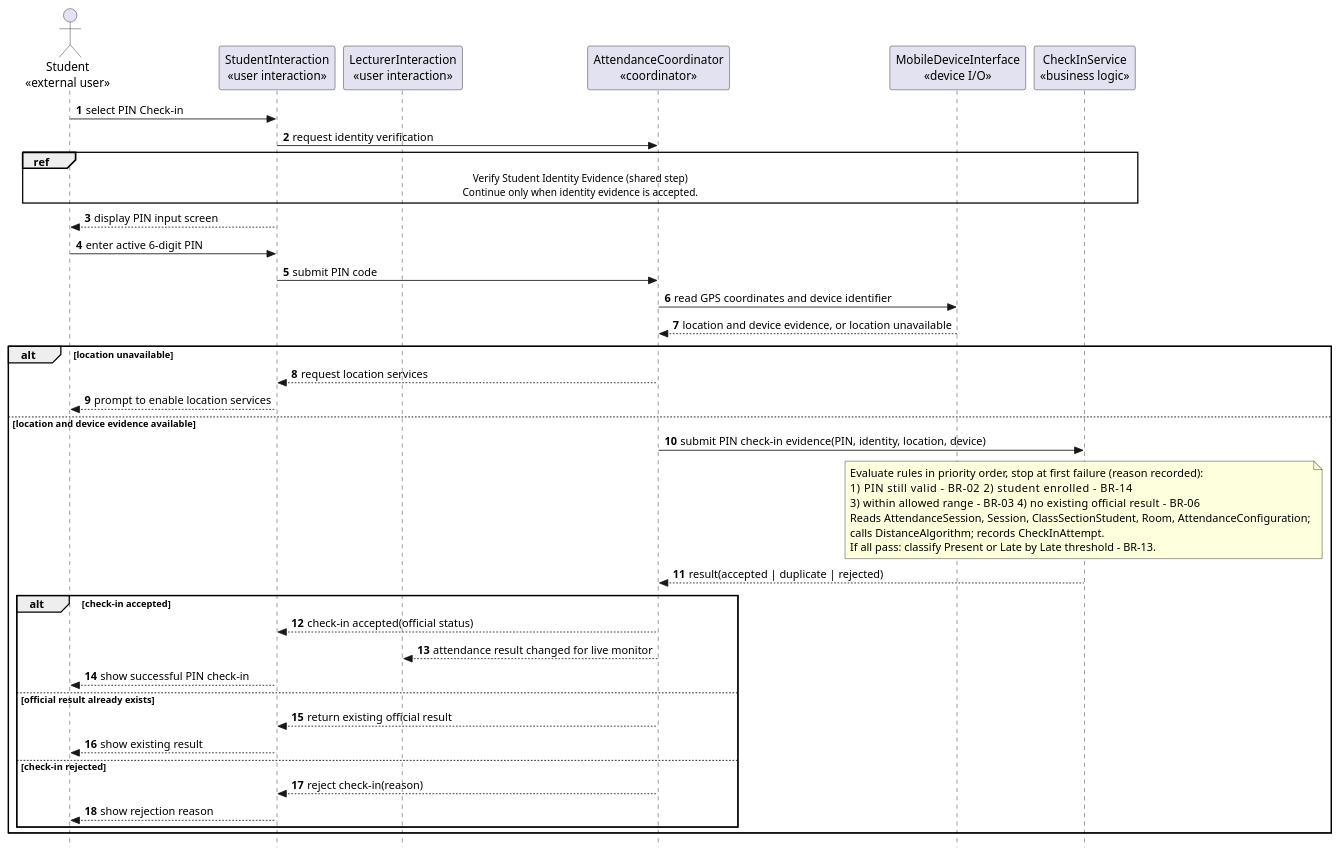
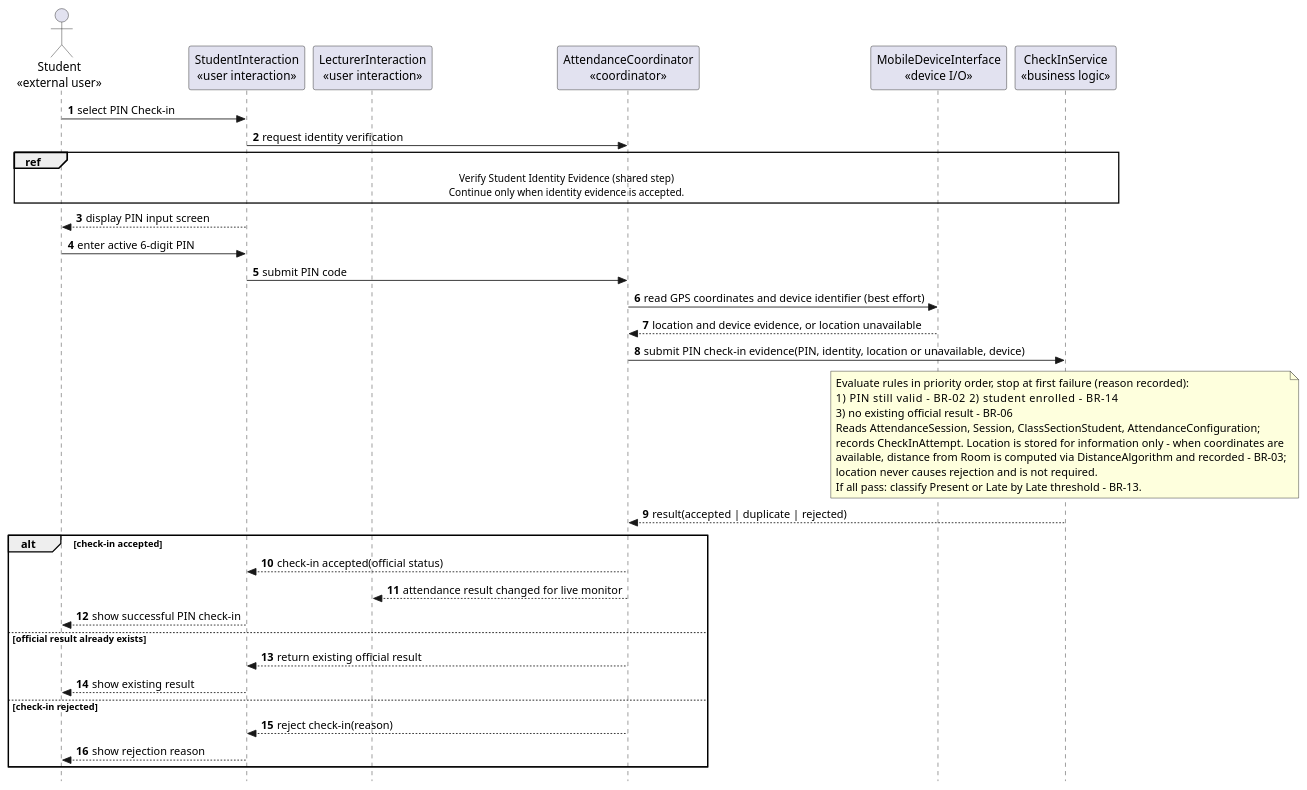
The third of 4 diagrams in docs/rds/2_Sequence_Diagram.md (nttung42/SWD392), drawn with PlantUML before and after one commit. The commit also changed other lines of this file and 1 other file, not shown here.

````diff
--- a/docs/rds/2_Sequence_Diagram.md
+++ b/docs/rds/2_Sequence_Diagram.md
@@ -133,55 +128,51 @@
 ```plantuml
 @startuml
 skinparam style strictuml
 autonumber
 actor "Student\n«external user»" as Student
 participant "StudentInteraction\n«user interaction»" as StudentUI
 participant "LecturerInteraction\n«user interaction»" as LecturerUI
 participant "AttendanceCoordinator\n«coordinator»" as CheckInControl
 participant "MobileDeviceInterface\n«device I/O»" as MobileSensor
 participant "CheckInService\n«business logic»" as AttendanceRules
 
 Student -> StudentUI : select PIN Check-in
 StudentUI -> CheckInControl : request identity verification
 ref over Student, StudentUI, CheckInControl, MobileSensor, AttendanceRules
   Verify Student Identity Evidence (shared step)
   Continue only when identity evidence is accepted.
 end ref
 
 StudentUI --> Student : display PIN input screen
 Student -> StudentUI : enter active 6-digit PIN
 StudentUI -> CheckInControl : submit PIN code
-CheckInControl -> MobileSensor : read GPS coordinates and device identifier
+CheckInControl -> MobileSensor : read GPS coordinates and device identifier (best effort)
 MobileSensor --> CheckInControl : location and device evidence, or location unavailable
+CheckInControl -> AttendanceRules : submit PIN check-in evidence(PIN, identity, location or unavailable, device)
 
-alt location unavailable
-  CheckInControl --> StudentUI : request location services
-  StudentUI --> Student : prompt to enable location services
-else location and device evidence available
-  CheckInControl -> AttendanceRules : submit PIN check-in evidence(PIN, identity, location, device)
+note over AttendanceRules
+  Evaluate rules in priority order, stop at first failure (reason recorded):
+  1) PIN still valid - BR-02          2) student enrolled - BR-14
+  3) no existing official result - BR-06
+  Reads AttendanceSession, Session, ClassSectionStudent, AttendanceConfiguration;
+  records CheckInAttempt. Location is stored for information only - when coordinates are
+  available, distance from Room is computed via DistanceAlgorithm and recorded - BR-03;
+  location never causes rejection and is not required.
+  If all pass: classify Present or Late by Late threshold - BR-13.
+end note
 
-  note over AttendanceRules
-    Evaluate rules in priority order, stop at first failure (reason recorded):
-    1) PIN still valid - BR-02          2) student enrolled - BR-14
-    3) within allowed range - BR-03     4) no existing official result - BR-06
-    Reads AttendanceSession, Session, ClassSectionStudent, Room, AttendanceConfiguration;
-    calls DistanceAlgorithm; records CheckInAttempt.
-    If all pass: classify Present or Late by Late threshold - BR-13.
-  end note
+AttendanceRules --> CheckInControl : result(accepted | duplicate | rejected)
 
-  AttendanceRules --> CheckInControl : result(accepted | duplicate | rejected)
-
-  alt check-in accepted
-    CheckInControl --> StudentUI : check-in accepted(official status)
-    CheckInControl --> LecturerUI : attendance result changed for live monitor
-    StudentUI --> Student : show successful PIN check-in
-  else official result already exists
-    CheckInControl --> StudentUI : return existing official result
-    StudentUI --> Student : show existing result
-  else check-in rejected
-    CheckInControl --> StudentUI : reject check-in(reason)
-    StudentUI --> Student : show rejection reason
-  end
+alt check-in accepted
+  CheckInControl --> StudentUI : check-in accepted(official status)
+  CheckInControl --> LecturerUI : attendance result changed for live monitor
+  StudentUI --> Student : show successful PIN check-in
+else official result already exists
+  CheckInControl --> StudentUI : return existing official result
+  StudentUI --> Student : show existing result
+else check-in rejected
+  CheckInControl --> StudentUI : reject check-in(reason)
+  StudentUI --> Student : show rejection reason
 end
 @enduml
 ```
````
